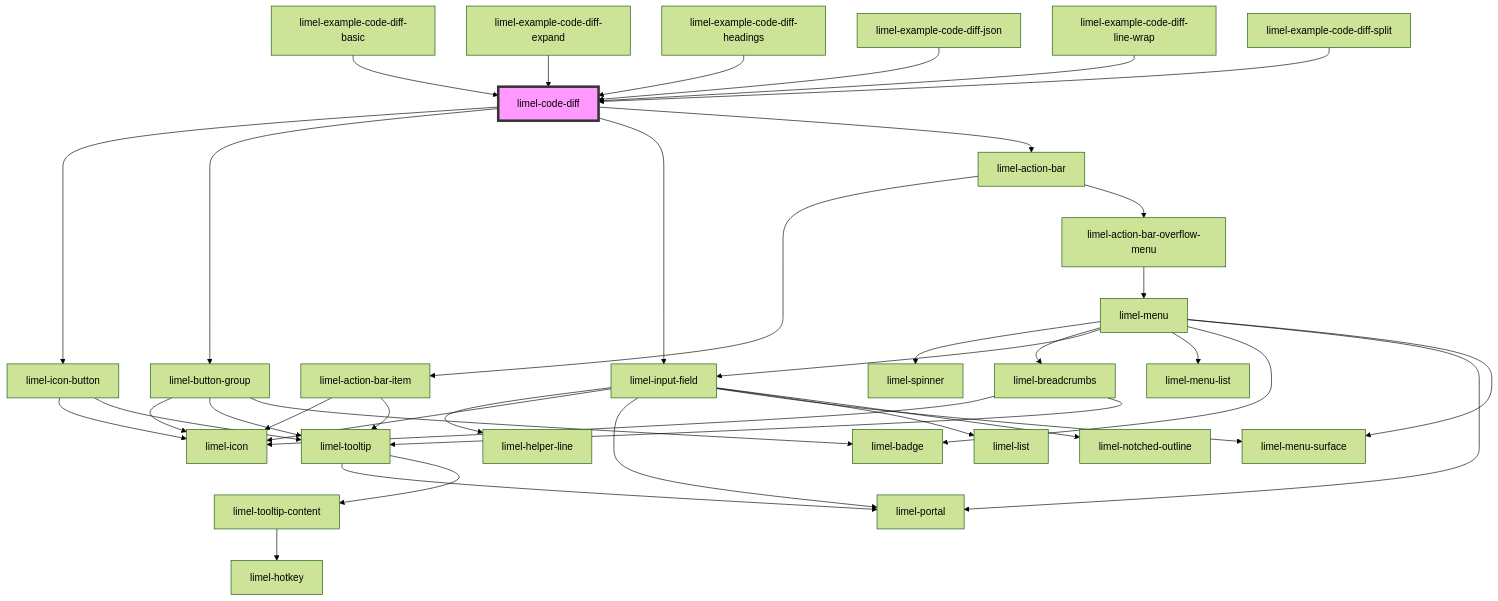
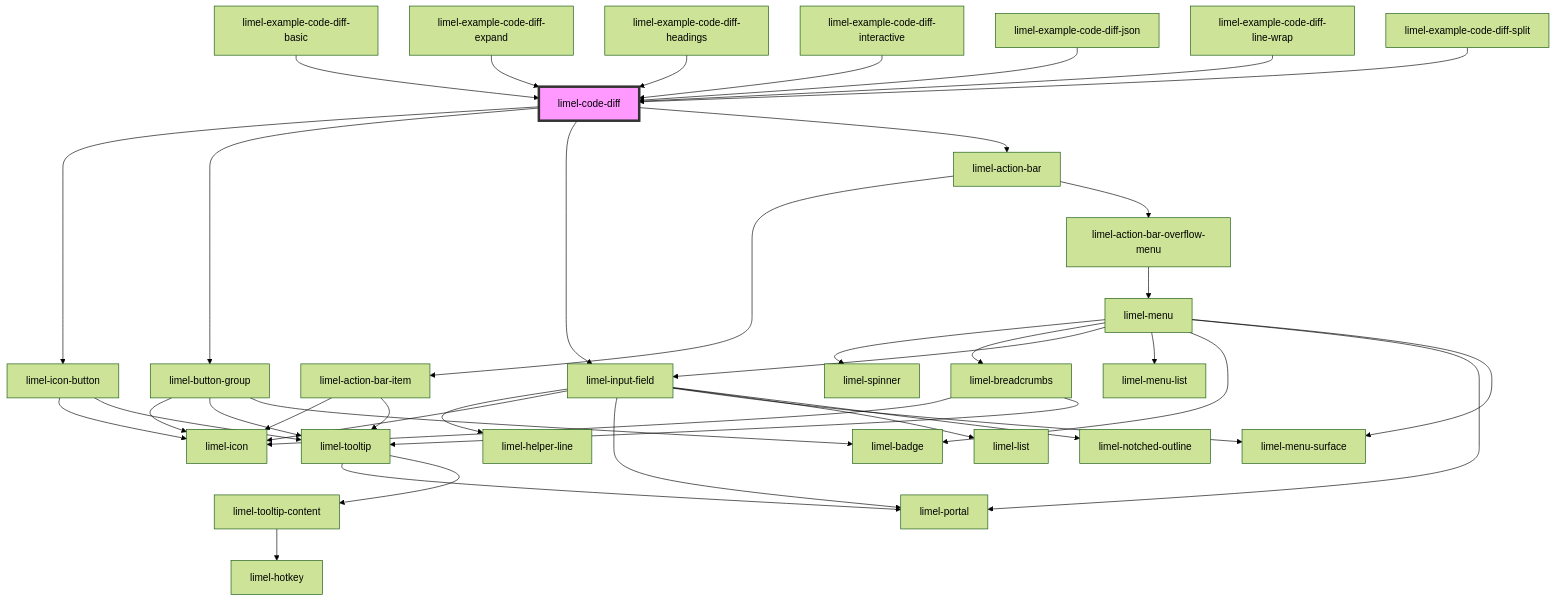
The diagram in versions/PR-4061/markdown-docs/components/code-diff/readme.md (Lundalogik/lime-elements), drawn with Mermaid (forest theme) before and after one commit. The commit also changed other lines of this file and 974 other files, not shown here.

````diff
--- a/versions/PR-4061/markdown-docs/components/code-diff/readme.md
+++ b/versions/PR-4061/markdown-docs/components/code-diff/readme.md
@@ -49,42 +50,43 @@
 ```mermaid
 graph TD;
   limel-code-diff --> limel-icon-button
   limel-code-diff --> limel-button-group
   limel-code-diff --> limel-input-field
   limel-code-diff --> limel-action-bar
   limel-icon-button --> limel-icon
   limel-icon-button --> limel-tooltip
   limel-tooltip --> limel-portal
   limel-tooltip --> limel-tooltip-content
   limel-tooltip-content --> limel-hotkey
   limel-button-group --> limel-icon
   limel-button-group --> limel-tooltip
   limel-button-group --> limel-badge
   limel-input-field --> limel-helper-line
   limel-input-field --> limel-icon
   limel-input-field --> limel-portal
   limel-input-field --> limel-menu-surface
   limel-input-field --> limel-list
   limel-input-field --> limel-notched-outline
   limel-action-bar --> limel-action-bar-item
   limel-action-bar --> limel-action-bar-overflow-menu
   limel-action-bar-item --> limel-icon
   limel-action-bar-item --> limel-tooltip
   limel-action-bar-overflow-menu --> limel-menu
   limel-menu --> limel-spinner
   limel-menu --> limel-breadcrumbs
   limel-menu --> limel-input-field
   limel-menu --> limel-menu-list
   limel-menu --> limel-badge
   limel-menu --> limel-portal
   limel-menu --> limel-menu-surface
   limel-breadcrumbs --> limel-icon
   limel-breadcrumbs --> limel-tooltip
   limel-example-code-diff-basic --> limel-code-diff
   limel-example-code-diff-expand --> limel-code-diff
   limel-example-code-diff-headings --> limel-code-diff
+  limel-example-code-diff-interactive --> limel-code-diff
   limel-example-code-diff-json --> limel-code-diff
   limel-example-code-diff-line-wrap --> limel-code-diff
   limel-example-code-diff-split --> limel-code-diff
   style limel-code-diff fill:#f9f,stroke:#333,stroke-width:4px
 ```
````
